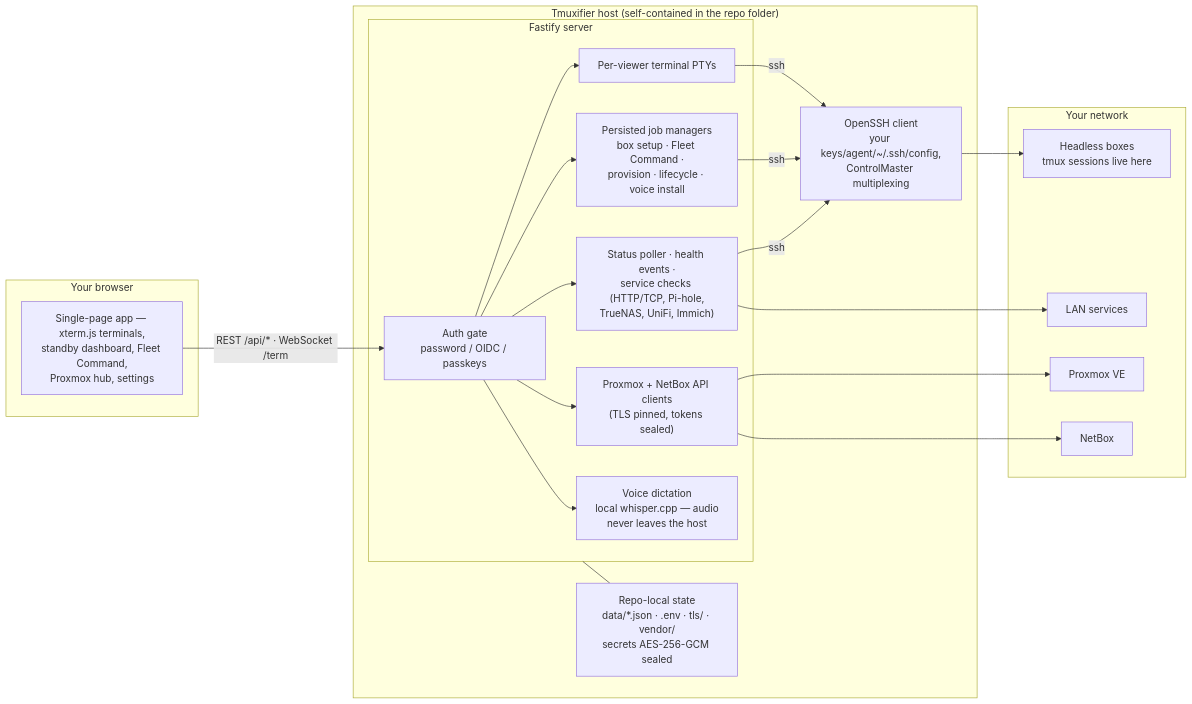
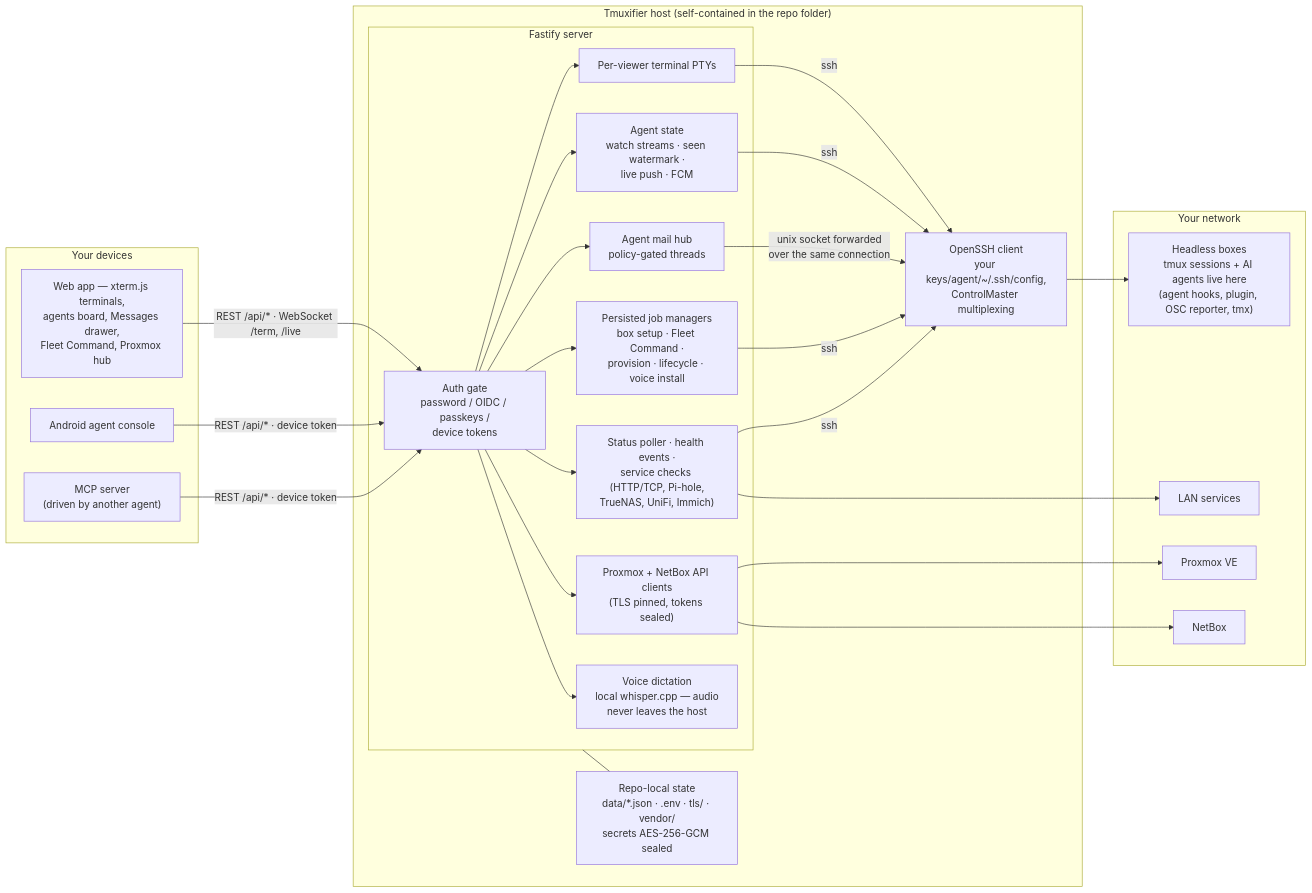
The diagram in README.md (mmakam2/tmuxifier), drawn with Mermaid before and after one commit. The commit also changed other lines of this file, not shown here.

First line of the commit message:
docs(readme): present Tmuxifier as an agent command center

````diff
--- a/README.md
+++ b/README.md
@@ -113,34 +156,40 @@
 ```mermaid
 flowchart LR
-  subgraph browser["Your browser"]
-    SPA["Single-page app — xterm.js terminals,<br/>standby dashboard, Fleet Command,<br/>Proxmox hub, settings"]
+  subgraph clients["Your devices"]
+    SPA["Web app — xterm.js terminals,<br/>agents board, Messages drawer,<br/>Fleet Command, Proxmox hub"]
+    APP["Android agent console"]
+    MCPC["MCP server<br/>(driven by another agent)"]
   end
 
   subgraph host["Tmuxifier host (self-contained in the repo folder)"]
     subgraph fastify["Fastify server"]
-      AUTH["Auth gate<br/>password / OIDC / passkeys"]
+      AUTH["Auth gate<br/>password / OIDC / passkeys /<br/>device tokens"]
       TERM["Per-viewer terminal PTYs"]
+      AGENT["Agent state<br/>watch streams · seen watermark ·<br/>live push · FCM"]
+      MAIL["Agent mail hub<br/>policy-gated threads"]
       JOBS["Persisted job managers<br/>box setup · Fleet Command ·<br/>provision · lifecycle · voice install"]
       POLL["Status poller · health events ·<br/>service checks (HTTP/TCP, Pi-hole,<br/>TrueNAS, UniFi, Immich)"]
       PROX["Proxmox + NetBox API clients<br/>(TLS pinned, tokens sealed)"]
       VOICE["Voice dictation<br/>local whisper.cpp — audio<br/>never leaves the host"]
     end
     SSHC["OpenSSH client<br/>your keys/agent/~/.ssh/config,<br/>ControlMaster multiplexing"]
     DATA["Repo-local state<br/>data/*.json · .env · tls/ · vendor/<br/>secrets AES-256-GCM sealed"]
   end
 
   subgraph net["Your network"]
-    BOX["Headless boxes<br/>tmux sessions live here"]
+    BOX["Headless boxes<br/>tmux sessions + AI agents live here<br/>(agent hooks, plugin, OSC reporter, tmx)"]
     PVE["Proxmox VE"]
     NBX["NetBox"]
     LAN["LAN services"]
   end
 
-  SPA -->|"REST /api/* · WebSocket /term"| AUTH
-  AUTH --> TERM & JOBS & POLL & PROX & VOICE
-  TERM & JOBS & POLL -->|"ssh"| SSHC
+  SPA -->|"REST /api/* · WebSocket /term, /live"| AUTH
+  APP & MCPC -->|"REST /api/* · device token"| AUTH
+  AUTH --> TERM & AGENT & MAIL & JOBS & POLL & PROX & VOICE
+  TERM & AGENT & JOBS & POLL -->|"ssh"| SSHC
+  MAIL -->|"unix socket forwarded<br/>over the same connection"| SSHC
   SSHC --> BOX
   PROX --> PVE & NBX
   POLL --> LAN
   fastify --- DATA
 ```
````
